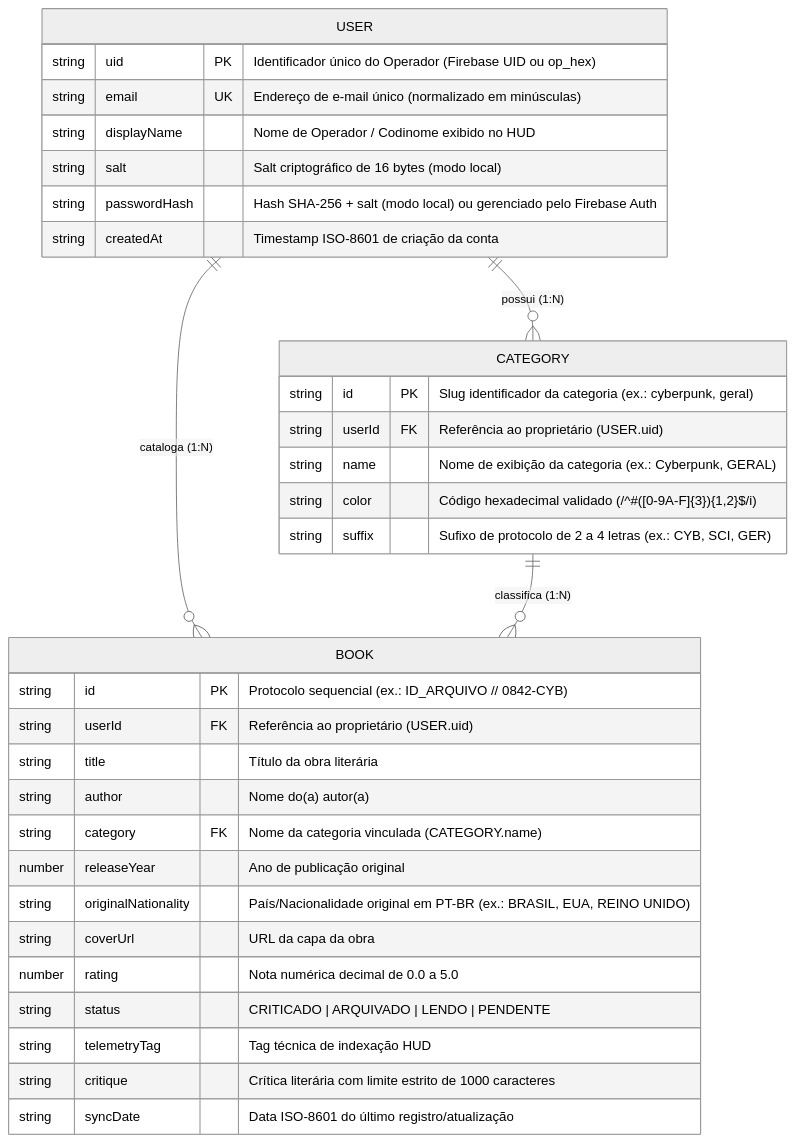
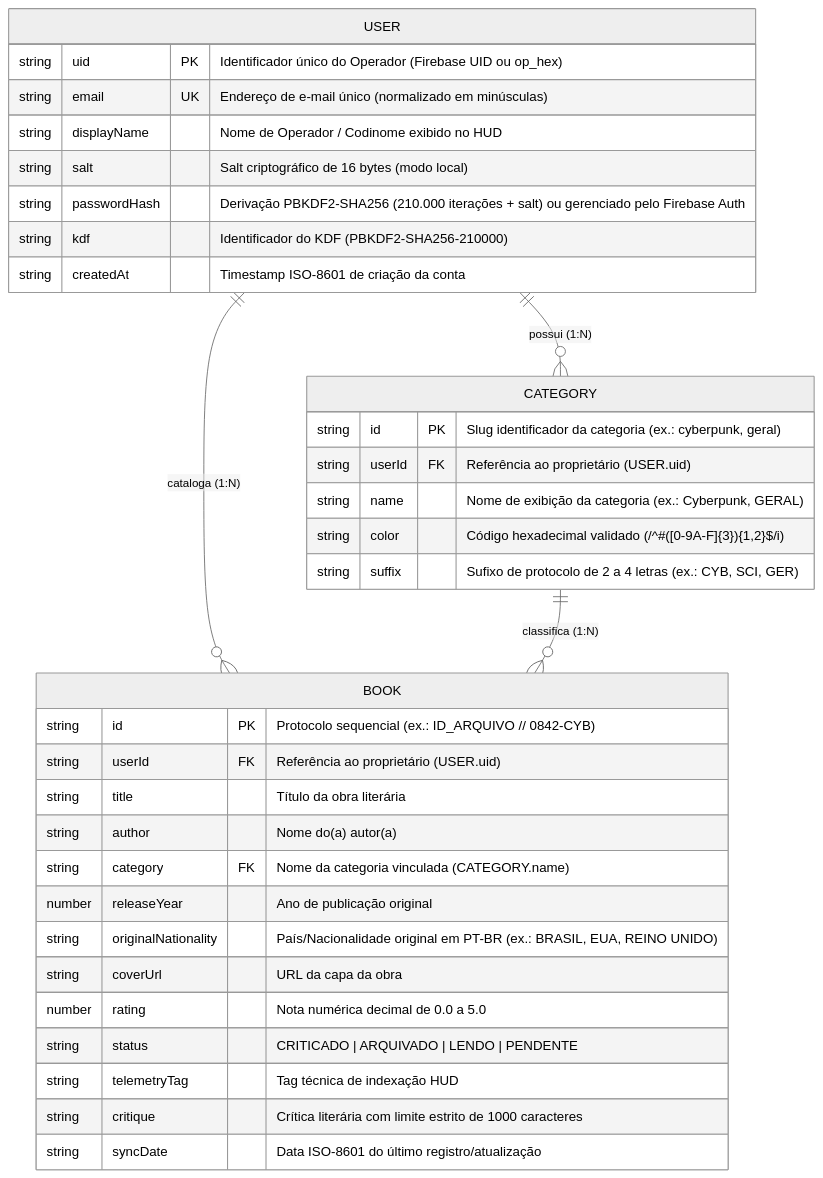
The first of 5 diagrams in docs/arquitetura-der.md (Glins-dev/librarytrix), drawn with Mermaid (neutral theme) before and after one commit. The commit also changed other lines of this file and 6 other files, not shown here.

Commit message:
sec(auth): migrar KDF local para PBKDF2 210k iteracoes e adicionar testes de firestore.rules e a11y (#2, #3, #8)

````diff
--- a/docs/arquitetura-der.md
+++ b/docs/arquitetura-der.md
@@ -9,39 +9,40 @@
 ```mermaid
 erDiagram
   USER ||--o{ CATEGORY : "possui (1:N)"
   USER ||--o{ BOOK : "cataloga (1:N)"
   CATEGORY ||--o{ BOOK : "classifica (1:N)"
 
   USER {
     string uid PK "Identificador único do Operador (Firebase UID ou op_hex)"
     string email UK "Endereço de e-mail único (normalizado em minúsculas)"
     string displayName "Nome de Operador / Codinome exibido no HUD"
     string salt "Salt criptográfico de 16 bytes (modo local)"
-    string passwordHash "Hash SHA-256 + salt (modo local) ou gerenciado pelo Firebase Auth"
+    string passwordHash "Derivação PBKDF2-SHA256 (210.000 iterações + salt) ou gerenciado pelo Firebase Auth"
+    string kdf "Identificador do KDF (PBKDF2-SHA256-210000)"
     string createdAt "Timestamp ISO-8601 de criação da conta"
   }
 
   CATEGORY {
     string id PK "Slug identificador da categoria (ex.: cyberpunk, geral)"
     string userId FK "Referência ao proprietário (USER.uid)"
     string name "Nome de exibição da categoria (ex.: Cyberpunk, GERAL)"
     string color "Código hexadecimal validado (/^#([0-9A-F]{3}){1,2}$/i)"
     string suffix "Sufixo de protocolo de 2 a 4 letras (ex.: CYB, SCI, GER)"
   }
 
   BOOK {
     string id PK "Protocolo sequencial (ex.: ID_ARQUIVO // 0842-CYB)"
     string userId FK "Referência ao proprietário (USER.uid)"
     string title "Título da obra literária"
     string author "Nome do(a) autor(a)"
     string category FK "Nome da categoria vinculada (CATEGORY.name)"
     number releaseYear "Ano de publicação original"
     string originalNationality "País/Nacionalidade original em PT-BR (ex.: BRASIL, EUA, REINO UNIDO)"
     string coverUrl "URL da capa da obra"
     number rating "Nota numérica decimal de 0.0 a 5.0"
     string status "CRITICADO | ARQUIVADO | LENDO | PENDENTE"
     string telemetryTag "Tag técnica de indexação HUD"
     string critique "Crítica literária com limite estrito de 1000 caracteres"
     string syncDate "Data ISO-8601 do último registro/atualização"
   }
 ```
````
